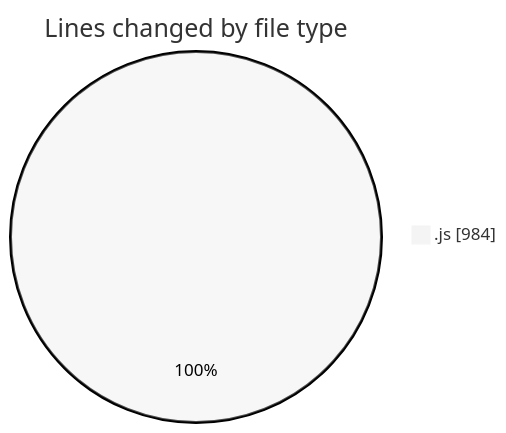
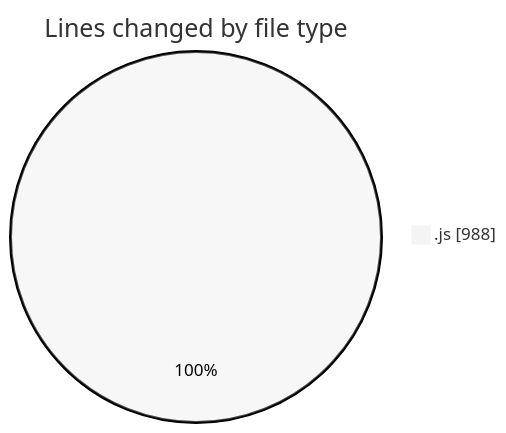
The first of 2 diagrams in 2025-06-20/horizon/README.md (vahidmafi/code-tracking), drawn with Mermaid (neutral theme) before and after one commit. The commit also changed other lines of this file and 1 other file, not shown here.

````diff
--- a/2025-06-20/horizon/README.md
+++ b/2025-06-20/horizon/README.md
@@ -21,5 +21,5 @@
 ```mermaid
 pie showData
 title Lines changed by file type
-".js" : 984
+".js" : 988
 ```
````
